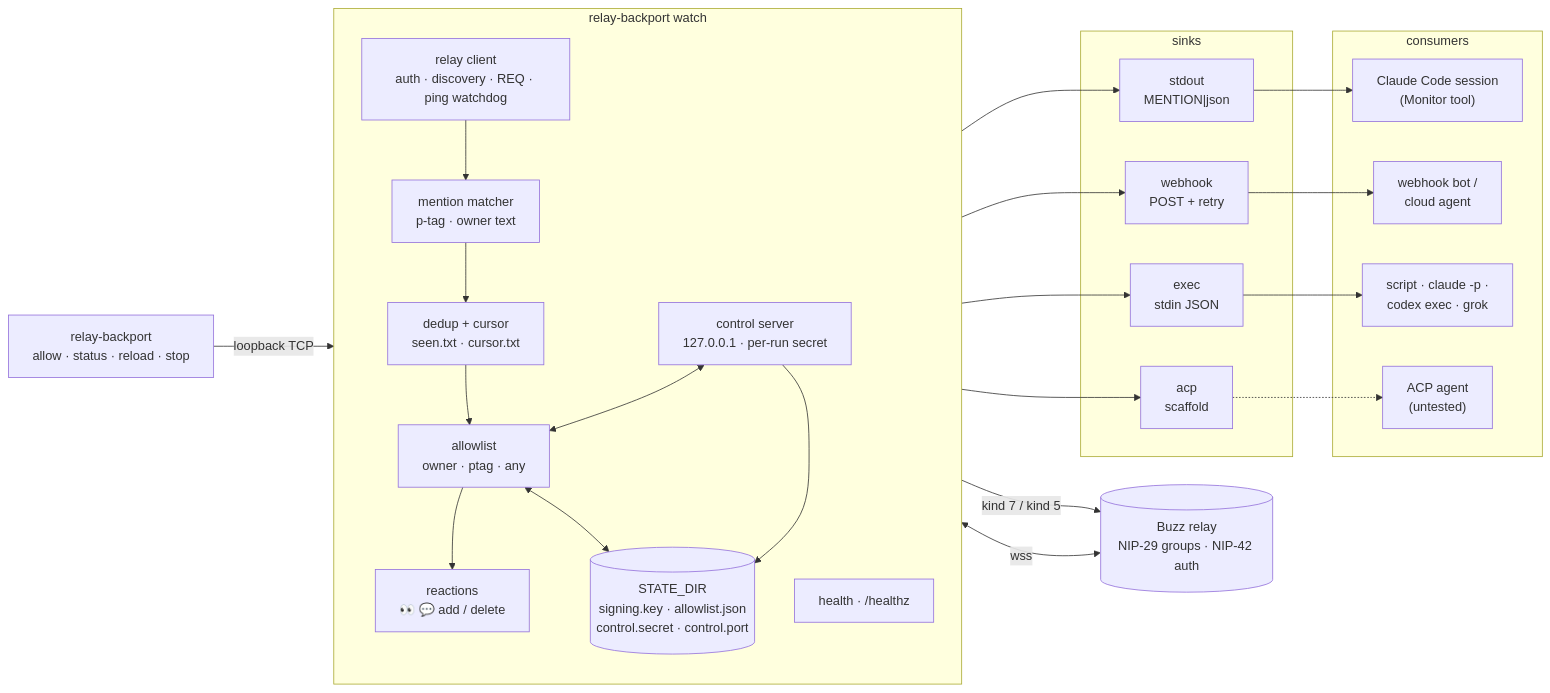
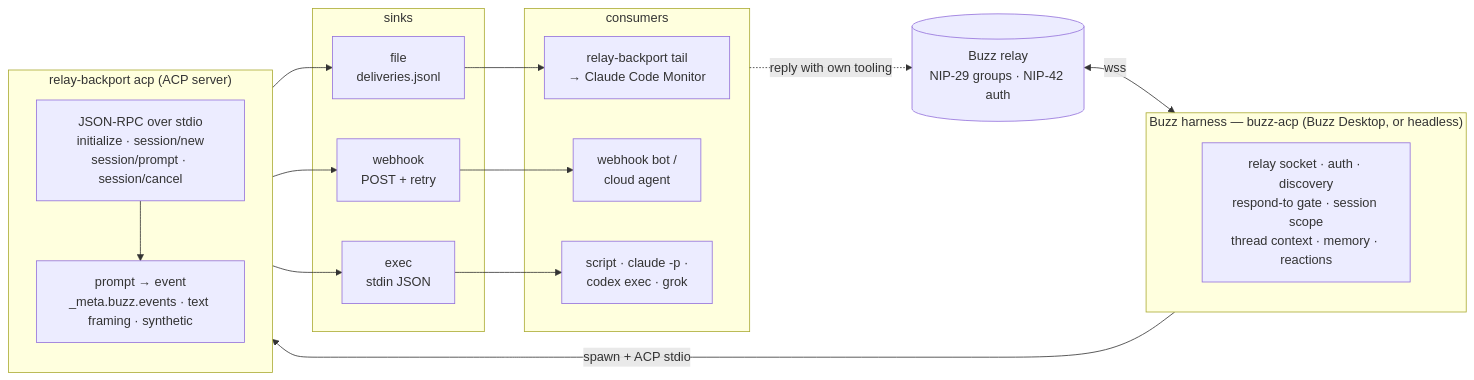
One commit to 0xnfrith/relay-backport changed the diagram in README.md. Above: the diagram before and after it, drawn with Mermaid. The commit also changed other lines of this file and 2 other files, not shown here.

First line of the commit message:
docs: v0.2 — README rewrite (harness setup, headless buzz-acp, what changed and why), architecture, changelog

````diff
--- a/README.md
+++ b/README.md
@@ -246,45 +165,36 @@
 ```mermaid
 flowchart LR
   relay[(Buzz relay<br/>NIP-29 groups · NIP-42 auth)]
 
-  subgraph daemon["relay-backport watch"]
+  subgraph harness["Buzz harness — buzz-acp (Buzz Desktop, or headless)"]
     direction TB
-    conn["relay client<br/>auth · discovery · REQ · ping watchdog"]
-    match["mention matcher<br/>p-tag · owner text"]
-    dedup["dedup + cursor<br/>seen.txt · cursor.txt"]
-    allow["allowlist<br/>owner · ptag · any"]
-    react["reactions<br/>👀 💬 add / delete"]
-    ctl["control server<br/>127.0.0.1 · per-run secret"]
-    health["health · /healthz"]
-    state[("STATE_DIR<br/>signing.key · allowlist.json<br/>control.secret · control.port")]
-    conn --> match --> dedup --> allow
-    allow --> react
-    ctl <--> allow
-    allow <--> state
-    ctl --> state
+    bacp["relay socket · auth · discovery<br/>respond-to gate · session scope<br/>thread context · memory · reactions"]
   end
 
-  cli["relay-backport<br/>allow · status · reload · stop"] -->|loopback TCP| ctl
+  subgraph rb["relay-backport acp (ACP server)"]
+    direction TB
+    srv["JSON-RPC over stdio<br/>initialize · session/new<br/>session/prompt · session/cancel"]
+    resolve["prompt → event<br/>_meta.buzz.events · text framing · synthetic"]
+    srv --> resolve
+  end
 
   subgraph sinks["sinks"]
-    so["stdout<br/>MENTION|json"]
+    fi["file<br/>deliveries.jsonl"]
     wh["webhook<br/>POST + retry"]
     ex["exec<br/>stdin JSON"]
-    acp["acp<br/>scaffold"]
   end
 
   subgraph consumers["consumers"]
-    cc["Claude Code session<br/>(Monitor tool)"]
+    tail["relay-backport tail<br/>→ Claude Code Monitor"]
     bot["webhook bot /<br/>cloud agent"]
     script["script · claude -p ·<br/>codex exec · grok"]
-    agent["ACP agent<br/>(untested)"]
   end
 
-  relay <-->|wss| conn
-  react -->|kind 7 / kind 5| relay
-  allow --> so & wh & ex & acp
-  so --> cc
+  relay <-->|wss| bacp
+  bacp -->|spawn + ACP stdio| srv
+  resolve --> fi & wh & ex
+  fi --> tail
   wh --> bot
   ex --> script
-  acp -.-> agent
+  consumers -.->|reply with own tooling| relay
 ```
````
